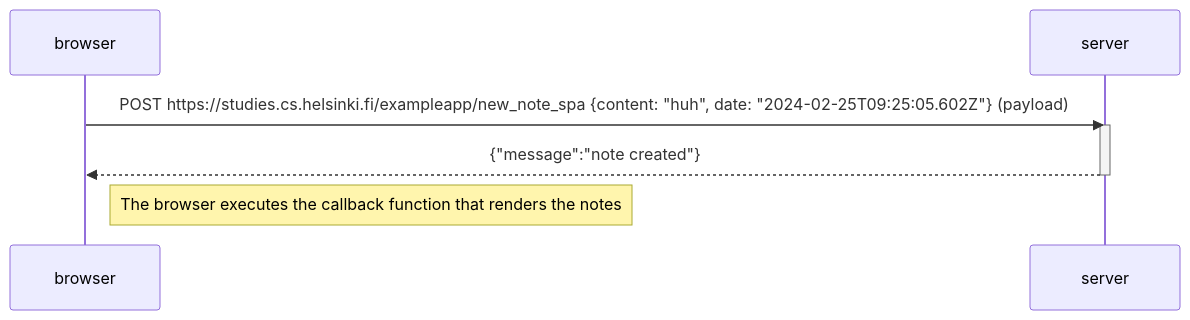
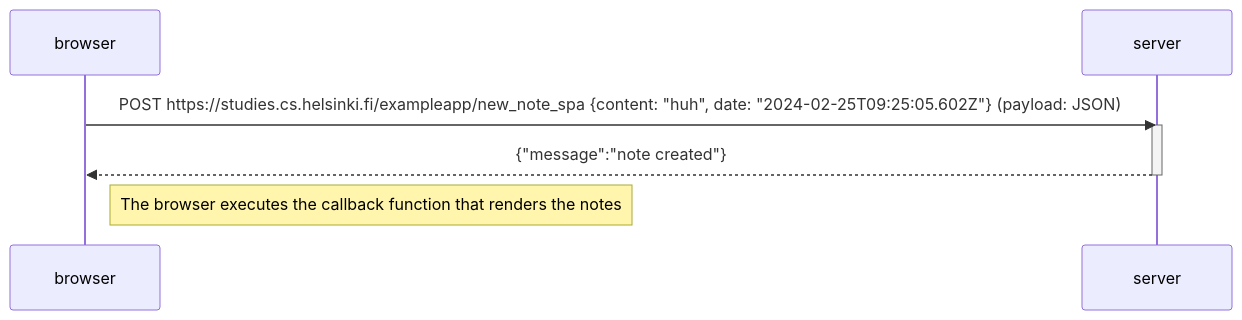
The diagram in 0/0.6.md (exchoco/fullstackopen), drawn with Mermaid before and after one commit. The commit also changed other lines of this file, not shown here.

````diff
--- a/0/0.6.md
+++ b/0/0.6.md
@@ -4,13 +4,13 @@
 ```mermaid
 sequenceDiagram
     participant browser
     participant server
 
-    browser->>server: POST https://studies.cs.helsinki.fi/exampleapp/new_note_spa {content: "huh", date: "2024-02-25T09:25:05.602Z"} (payload)
+    browser->>server: POST https://studies.cs.helsinki.fi/exampleapp/new_note_spa {content: "huh", date: "2024-02-25T09:25:05.602Z"} (payload: JSON)
     activate server
     server-->>browser: {"message":"note created"}
     deactivate server
 
     Note right of browser: The browser executes the callback function that renders the notes
 
 ```
````
